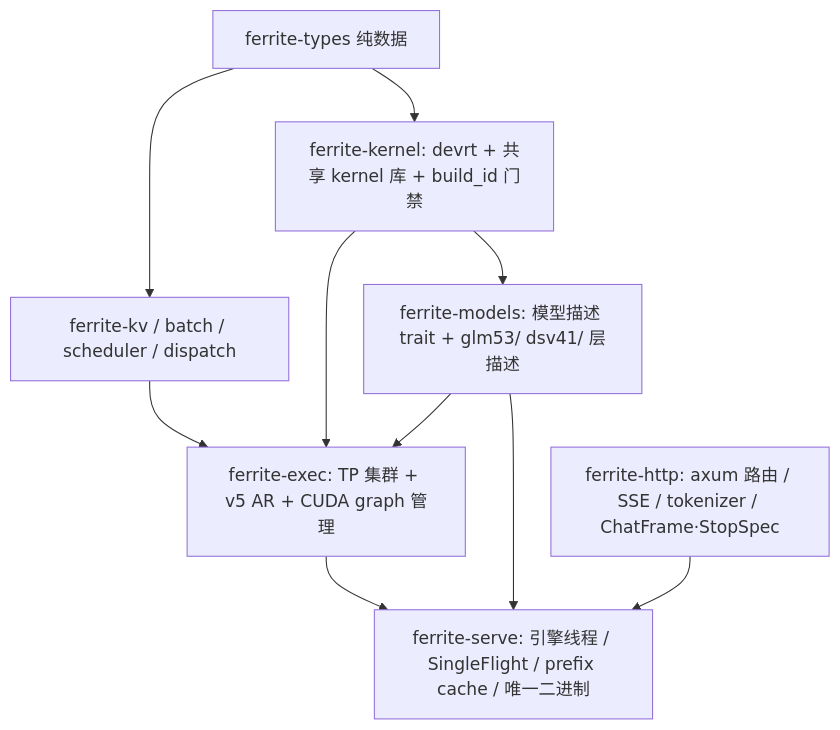
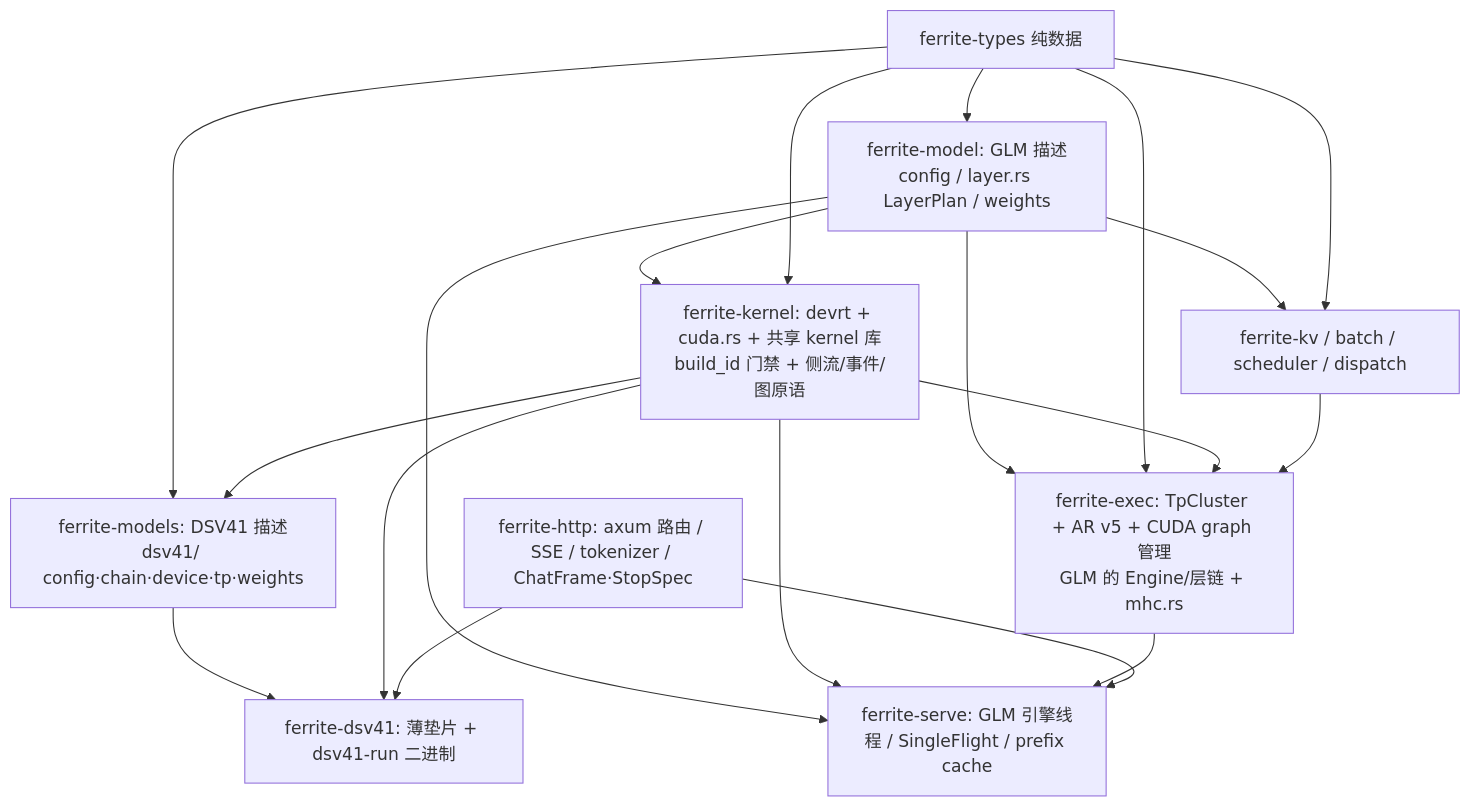
One commit to MindLab-Research/ferrite changed the diagram in docs/agent/ferrite-unified-arch.md. Above: the diagram before and after it, drawn with Mermaid. The commit also changed other lines of this file, not shown here.

````diff
--- a/docs/agent/ferrite-unified-arch.md
+++ b/docs/agent/ferrite-unified-arch.md
@@ -11,19 +13,30 @@
 ```mermaid
 graph TD
+  TYPES[ferrite-types 纯数据]
+  MODEL[ferrite-model: GLM 描述<br/>config / layer.rs LayerPlan / weights]
+  KERNEL[ferrite-kernel: devrt + cuda.rs + 共享 kernel 库<br/>build_id 门禁 + 侧流/事件/图原语]
+  MODELS[ferrite-models: DSV41 描述<br/>dsv41/ config·chain·device·tp·weights]
+  MID[ferrite-kv / batch / scheduler / dispatch]
+  EXEC[ferrite-exec: TpCluster + AR v5 + CUDA graph 管理<br/>GLM 的 Engine/层链 + mhc.rs]
   HTTP[ferrite-http: axum 路由 / SSE / tokenizer / ChatFrame·StopSpec]
-  SERVE[ferrite-serve: 引擎线程 / SingleFlight / prefix cache / 唯一二进制]
-  MODELS[ferrite-models: 模型描述 trait + glm53/ dsv41/ 层描述]
-  EXEC[ferrite-exec: TP 集群 + v5 AR + CUDA graph 管理]
-  KERNEL[ferrite-kernel: devrt + 共享 kernel 库 + build_id 门禁]
-  MID[ferrite-kv / batch / scheduler / dispatch]
-  TYPES[ferrite-types 纯数据]
+  SERVE[ferrite-serve: GLM 引擎线程 / SingleFlight / prefix cache]
+  DSV41BIN[ferrite-dsv41: 薄垫片 + dsv41-run 二进制]
+  TYPES --> MODEL
+  TYPES --> MODELS
+  MODEL --> KERNEL
   TYPES --> KERNEL
+  KERNEL --> MODELS
+  MODEL --> MID
   TYPES --> MID
-  KERNEL --> MODELS
+  MODEL --> EXEC
+  TYPES --> EXEC
+  KERNEL --> EXEC
   MID --> EXEC
-  KERNEL --> EXEC
-  MODELS --> EXEC
+  MODEL --> SERVE
+  KERNEL --> SERVE
   EXEC --> SERVE
-  MODELS --> SERVE
   HTTP --> SERVE
+  MODELS --> DSV41BIN
+  KERNEL --> DSV41BIN
+  HTTP --> DSV41BIN
 ```
````
